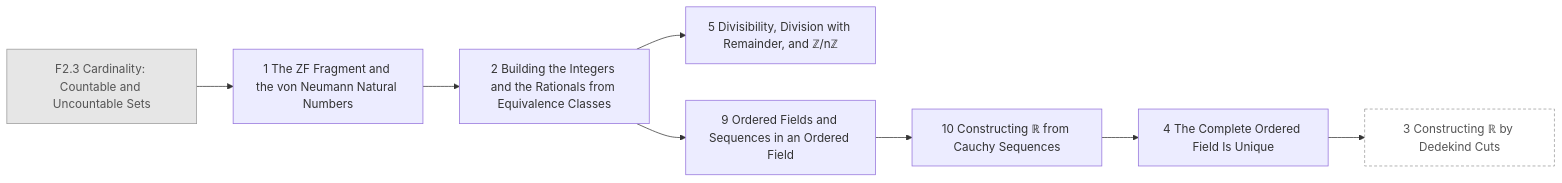
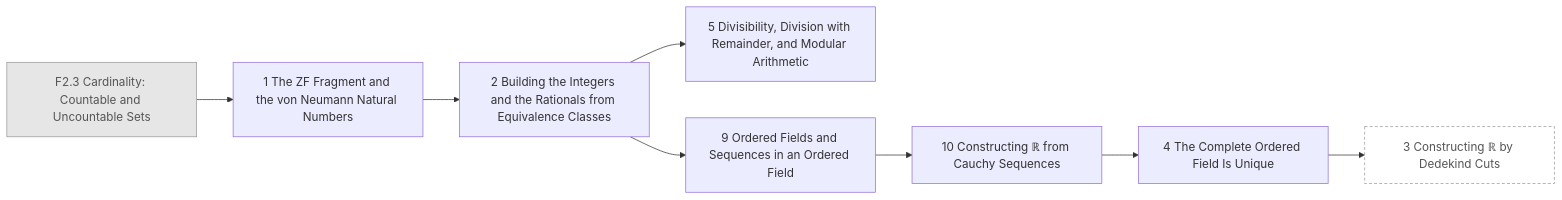
Before and after one commit to AkizumiFox/math-atlas: the diagram in generated/chapters/F3.mmd, drawn with Mermaid. The commit also changed 6 other files, not shown here.

Commit message:
F3.5 retitled: Divisibility, Division with Remainder, and Modular Arithmetic

```diff
--- a/generated/chapters/F3.mmd
+++ b/generated/chapters/F3.mmd
@@ -1,19 +1,19 @@
 flowchart LR
   F2_3["F2.3 Cardinality: Countable and Uncountable Sets"]:::ext
   F3_1["1 The ZF Fragment and the von Neumann Natural Numbers"]
   F3_2["2 Building the Integers and the Rationals from Equivalence Classes"]
-  F3_5["5 Divisibility, Division with Remainder, and ℤ/nℤ"]
+  F3_5["5 Divisibility, Division with Remainder, and Modular Arithmetic"]
   F3_9["9 Ordered Fields and Sequences in an Ordered Field"]
   F3_10["10 Constructing ℝ from Cauchy Sequences"]
   F3_4["4 The Complete Ordered Field Is Unique"]
   F3_3["3 Constructing ℝ by Dedekind Cuts"]:::opt
   F2_3 --> F3_1
   F3_1 --> F3_2
   F3_2 --> F3_5
   F3_2 --> F3_9
   F3_9 --> F3_10
   F3_10 --> F3_4
   F3_4 --> F3_3
   classDef ext fill:#e6e6e6,stroke:#999,color:#555
   classDef opt fill:#fff,stroke:#999,stroke-dasharray:4 3,color:#555
   classDef segb fill:#f6f6fb,stroke:#99a,color:#333
```
